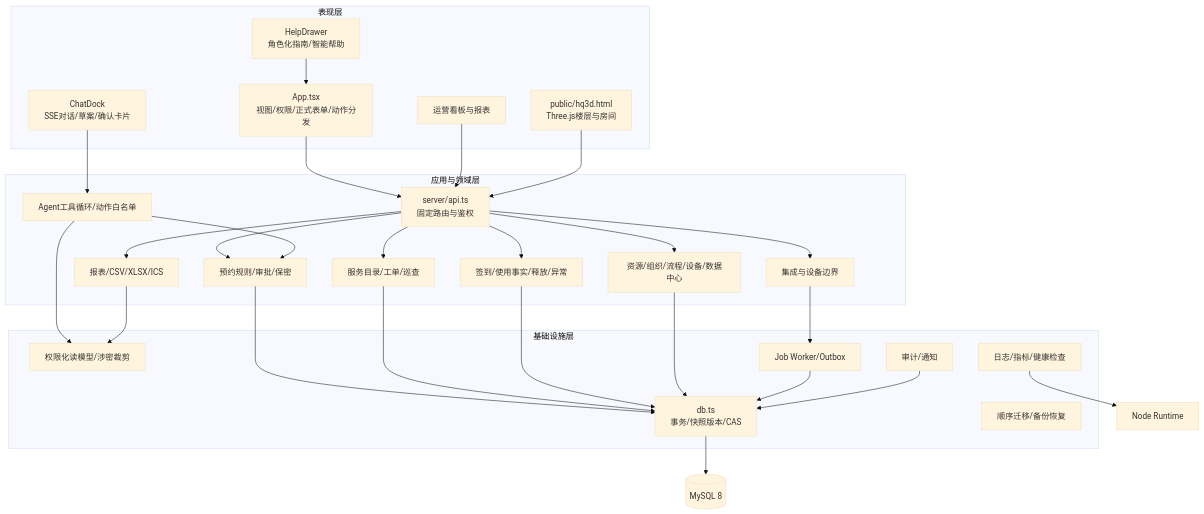
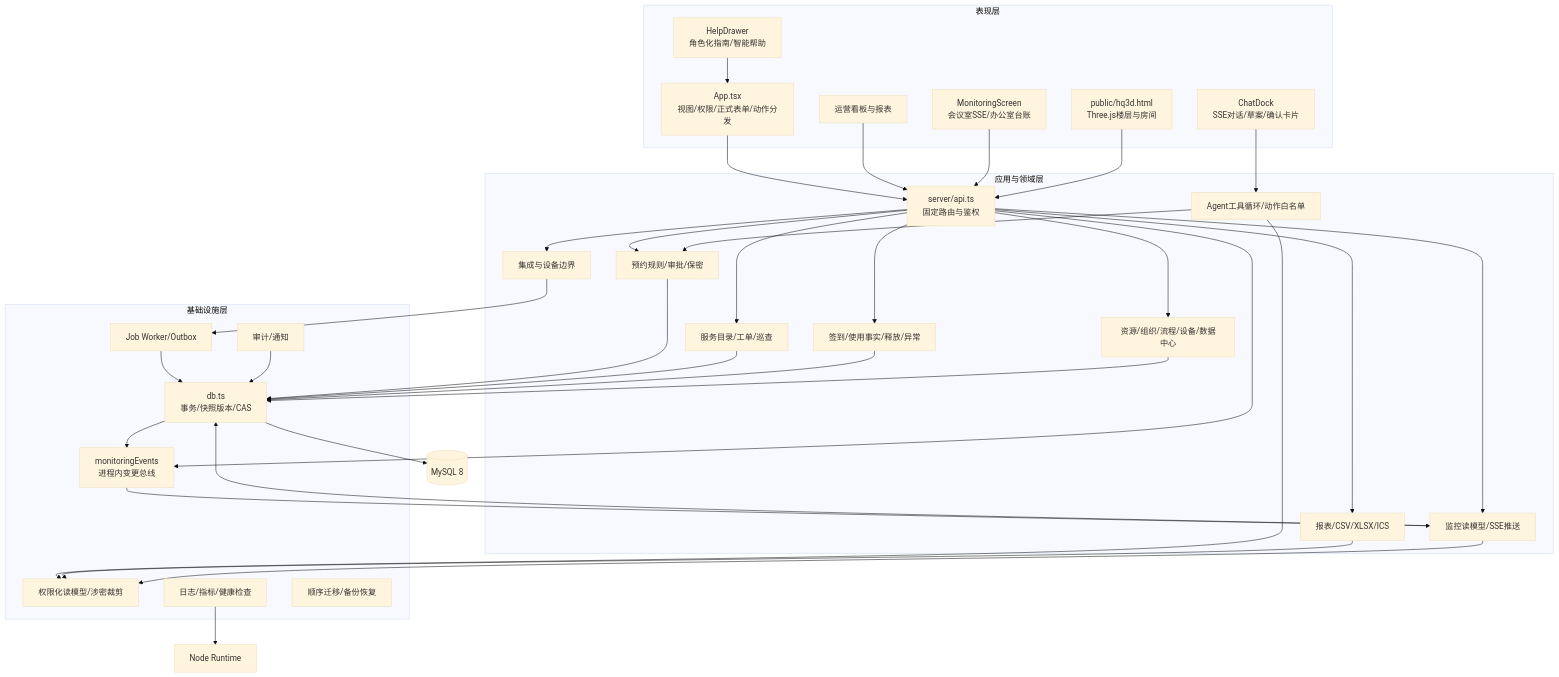
Before and after one commit to dgjin/smart-office: the second of 3 diagrams in docs/SYSTEM_ARCHITECTURE.md, drawn with Mermaid (base theme). The commit also changed other lines of this file and 18 other files, not shown here.

````diff
--- a/docs/SYSTEM_ARCHITECTURE.md
+++ b/docs/SYSTEM_ARCHITECTURE.md
@@ -49,54 +49,64 @@
 ```mermaid
 flowchart TB
   subgraph Presentation[表现层]
     App[App.tsx\n视图/权限/正式表单/动作分发]
     Ops[运营看板与报表]
+    Monitor[MonitoringScreen\n会议室SSE/办公室台账]
     Dock[ChatDock\nSSE对话/草案/确认卡片]
     Help[HelpDrawer\n角色化指南/智能帮助]
     HQ[public/hq3d.html\nThree.js楼层与房间]
   end
 
   subgraph Application[应用与领域层]
     API[server/api.ts\n固定路由与鉴权]
     Booking[预约规则/审批/保密]
     ServiceDomain[服务目录/工单/巡查]
     Usage[签到/使用事实/释放/异常]
     Reports[报表/CSV/XLSX/ICS]
+    Monitoring[监控读模型/SSE推送]
     Agent[Agent工具循环/动作白名单]
     Admin[资源/组织/流程/设备/数据中心]
     Integration[集成与设备边界]
   end
 
   subgraph Infrastructure[基础设施层]
     DB[db.ts\n事务/快照版本/CAS]
+    Events[monitoringEvents\n进程内变更总线]
     Actor[权限化读模型/涉密裁剪]
     Jobs[Job Worker/Outbox]
     Audit[审计/通知]
     Observability[日志/指标/健康检查]
     Migrations[顺序迁移/备份恢复]
   end
 
   App --> API
   Ops --> API
+  Monitor --> API
   Dock --> Agent
   Help --> App
   HQ --> API
   API --> Booking
   API --> ServiceDomain
   API --> Usage
   API --> Reports
+  API --> Monitoring
   API --> Admin
   API --> Integration
   Agent --> Booking
   Agent --> Actor
   Booking --> DB
   ServiceDomain --> DB
   Usage --> DB
   Reports --> Actor
+  Monitoring --> Actor
+  Monitoring --> DB
   Admin --> DB
   Integration --> Jobs
   Jobs --> DB
+  DB --> Events
+  API --> Events
+  Events --> Monitoring
   DB --> MySQL[(MySQL 8)]
   Audit --> DB
   Observability --> Node[Node Runtime]
 ```
````
